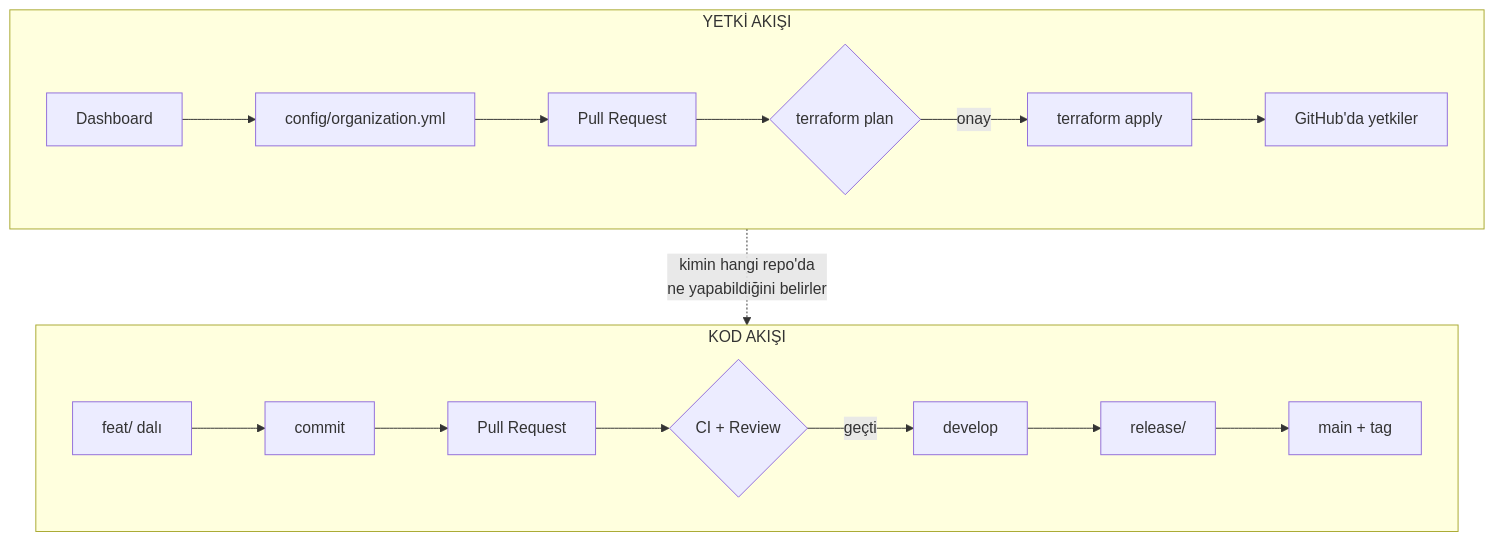
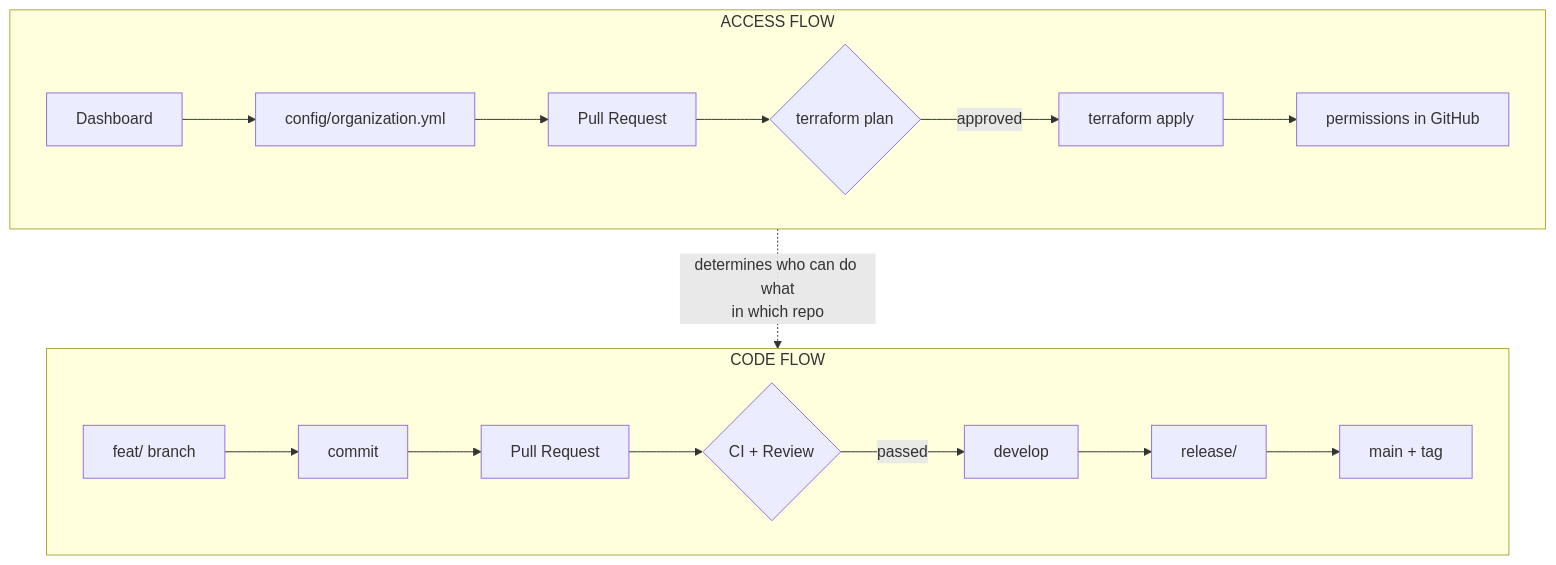
The first of 3 diagrams in docs/workflow-guide.md (iceberg-pilot-test/Iceberg-GitHub-Infrastructure), drawn with Mermaid before and after one commit. The commit also changed other lines of this file and 21 other files, not shown here.

````diff
--- a/docs/workflow-guide.md
+++ b/docs/workflow-guide.md
@@ -18,21 +18,21 @@
 ```mermaid
 flowchart TB
-    subgraph K["KOD AKIŞI"]
+    subgraph K["CODE FLOW"]
         direction LR
-        K1[feat/ dalı] --> K2[commit] --> K3[Pull Request]
+        K1[feat/ branch] --> K2[commit] --> K3[Pull Request]
         K3 --> K4{CI + Review}
-        K4 -->|geçti| K5[develop]
+        K4 -->|passed| K5[develop]
         K5 --> K6[release/] --> K7[main + tag]
     end
 
-    subgraph Y["YETKİ AKIŞI"]
+    subgraph Y["ACCESS FLOW"]
         direction LR
         Y1[Dashboard] --> Y2[config/organization.yml]
         Y2 --> Y3[Pull Request]
         Y3 --> Y4{terraform plan}
-        Y4 -->|onay| Y5[terraform apply]
-        Y5 --> Y6[GitHub'da yetkiler]
+        Y4 -->|approved| Y5[terraform apply]
+        Y5 --> Y6[permissions in GitHub]
     end
 
-    Y6 -.->|kimin hangi repo'da<br/>ne yapabildiğini belirler| K1
+    Y6 -.->|determines who can do what<br/>in which repo| K1
 ```
````
